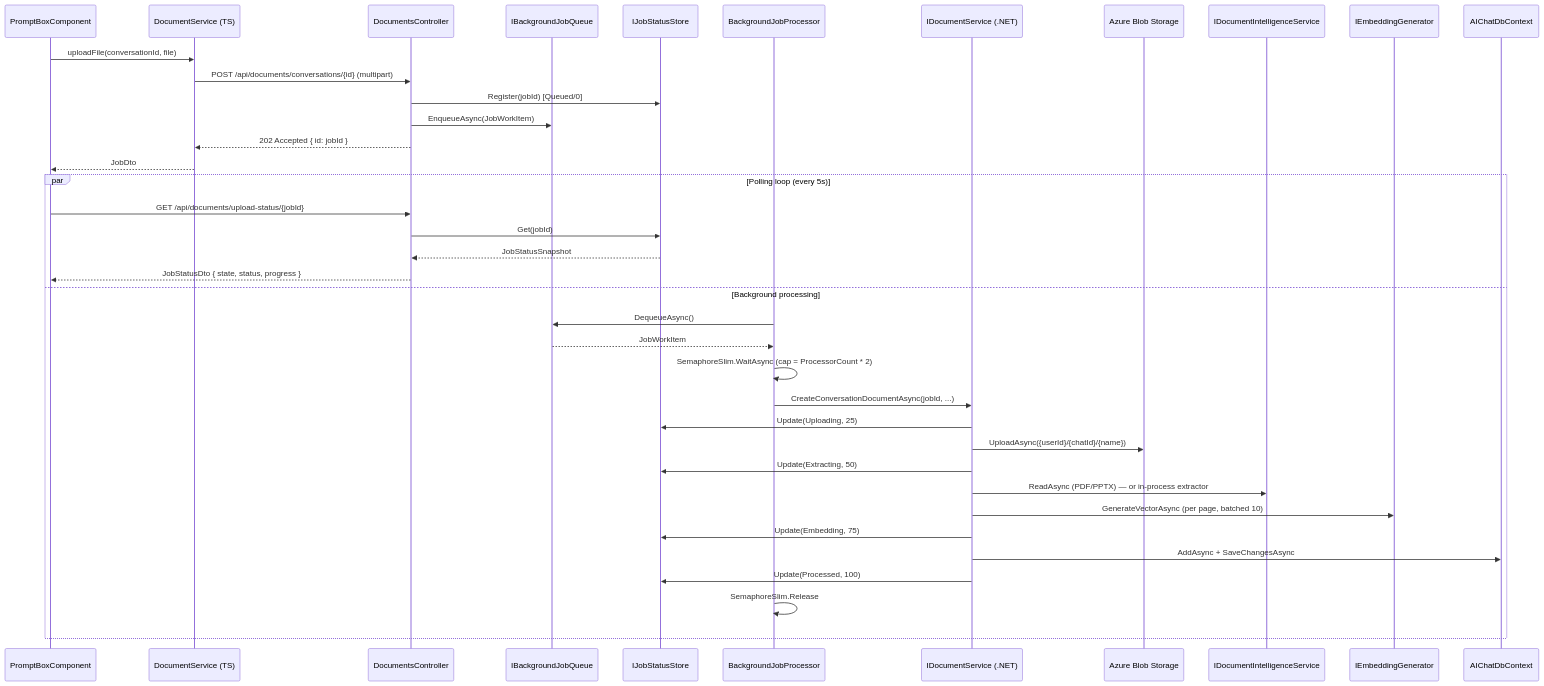
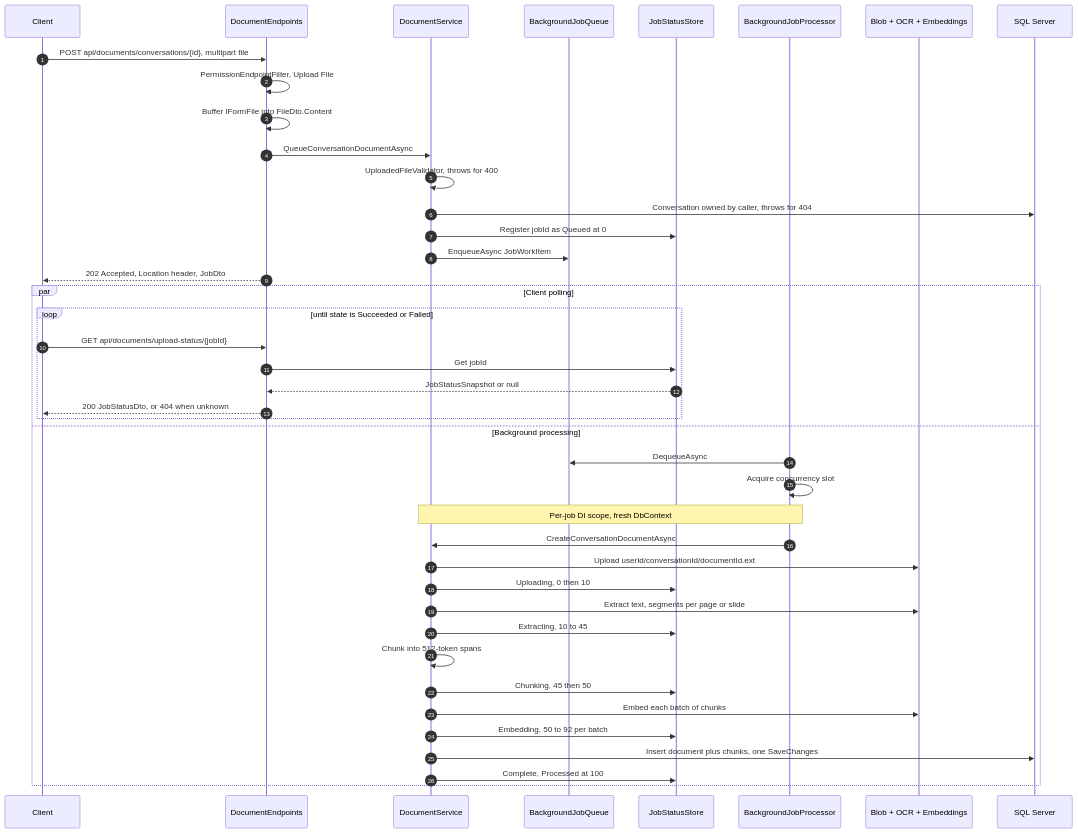
Before and after one commit to RorroRojas3/enterprise-gpt: the diagram in docs/documents/upload-workflow.md, drawn with Mermaid. The commit also changed other lines of this file and 72 other files, not shown here.

````diff
--- a/docs/documents/upload-workflow.md
+++ b/docs/documents/upload-workflow.md
@@ -25,42 +30,46 @@
 ```mermaid
 sequenceDiagram
-    participant UI as PromptBoxComponent
-    participant DS as DocumentService (TS)
-    participant API as DocumentsController
-    participant Q as IBackgroundJobQueue
-    participant Store as IJobStatusStore
-    participant Proc as BackgroundJobProcessor
-    participant DocSvc as IDocumentService (.NET)
-    participant Blob as Azure Blob Storage
-    participant DI as IDocumentIntelligenceService
-    participant Emb as IEmbeddingGenerator
-    participant SQL as AIChatDbContext
+    autonumber
+    participant C as Client
+    participant EP as DocumentEndpoints
+    participant SVC as DocumentService
+    participant Q as BackgroundJobQueue
+    participant ST as JobStatusStore
+    participant P as BackgroundJobProcessor
+    participant AZ as Blob + OCR + Embeddings
+    participant DB as SQL Server
 
-    UI->>DS: uploadFile(conversationId, file)
-    DS->>API: POST /api/documents/conversations/{id} (multipart)
-    API->>Store: Register(jobId)  [Queued/0]
-    API->>Q: EnqueueAsync(JobWorkItem)
-    API-->>DS: 202 Accepted { id: jobId }
-    DS-->>UI: JobDto
+    C->>EP: POST api/documents/conversations/{id}, multipart file
+    EP->>EP: PermissionEndpointFilter, Upload File
+    EP->>EP: Buffer IFormFile into FileDto.Content
+    EP->>SVC: QueueConversationDocumentAsync
+    SVC->>SVC: UploadedFileValidator, throws for 400
+    SVC->>DB: Conversation owned by caller, throws for 404
+    SVC->>ST: Register jobId as Queued at 0
+    SVC->>Q: EnqueueAsync JobWorkItem
+    EP-->>C: 202 Accepted, Location header, JobDto
 
-    par Polling loop (every 5s)
-        UI->>API: GET /api/documents/upload-status/{jobId}
-        API->>Store: Get(jobId)
-        Store-->>API: JobStatusSnapshot
-        API-->>UI: JobStatusDto { state, status, progress }
+    par Client polling
+        loop until state is Succeeded or Failed
+            C->>EP: GET api/documents/upload-status/{jobId}
+            EP->>ST: Get jobId
+            ST-->>EP: JobStatusSnapshot or null
+            EP-->>C: 200 JobStatusDto, or 404 when unknown
+        end
     and Background processing
-        Proc->>Q: DequeueAsync()
-        Q-->>Proc: JobWorkItem
-        Proc->>Proc: SemaphoreSlim.WaitAsync (cap = ProcessorCount * 2)
-        Proc->>DocSvc: CreateConversationDocumentAsync(jobId, ...)
-        DocSvc->>Store: Update(Uploading, 25)
-        DocSvc->>Blob: UploadAsync({userId}/{chatId}/{name})
-        DocSvc->>Store: Update(Extracting, 50)
-        DocSvc->>DI: ReadAsync (PDF/PPTX) — or in-process extractor
-        DocSvc->>Emb: GenerateVectorAsync (per page, batched 10)
-        DocSvc->>Store: Update(Embedding, 75)
-        DocSvc->>SQL: AddAsync + SaveChangesAsync
-        DocSvc->>Store: Update(Processed, 100)
-        Proc->>Proc: SemaphoreSlim.Release
+        P->>Q: DequeueAsync
+        P->>P: Acquire concurrency slot
+        Note over P,SVC: Per-job DI scope, fresh DbContext
+        P->>SVC: CreateConversationDocumentAsync
+        SVC->>AZ: Upload userId/conversationId/documentId.ext
+        SVC->>ST: Uploading, 0 then 10
+        SVC->>AZ: Extract text, segments per page or slide
+        SVC->>ST: Extracting, 10 to 45
+        SVC->>SVC: Chunk into 512-token spans
+        SVC->>ST: Chunking, 45 then 50
+        SVC->>AZ: Embed each batch of chunks
+        SVC->>ST: Embedding, 50 to 92 per batch
+        SVC->>DB: Insert document plus chunks, one SaveChanges
+        SVC->>ST: Complete, Processed at 100
     end
 ```
````
